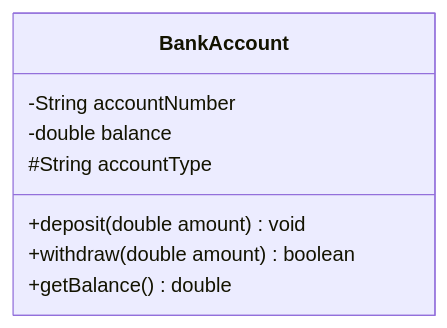
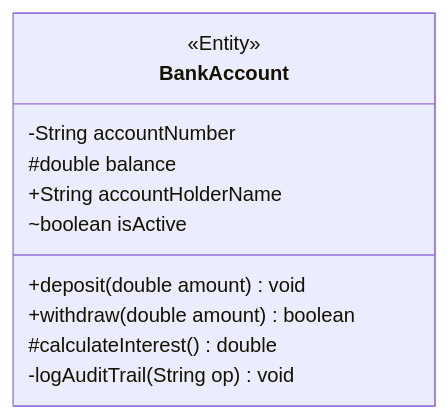
One commit to rohithgowda18/Notes changed the second of 4 diagrams in 04-OOPs-and-Design-Patterns/01-Core-OOPs-and-UML/04-UML-Diagrams-Class-and-Sequence-Diagrams.md. Above: the diagram before and after it, drawn with Mermaid. The commit also changed other lines of this file and 17 other files, not shown here.

Commit message:
docs(lld): enrich notes with deep architectural analysis, diagrams, anti-patterns & code

````diff
--- a/04-OOPs-and-Design-Patterns/01-Core-OOPs-and-UML/04-UML-Diagrams-Class-and-Sequence-Diagrams.md
+++ b/04-OOPs-and-Design-Patterns/01-Core-OOPs-and-UML/04-UML-Diagrams-Class-and-Sequence-Diagrams.md
@@ -35,11 +35,14 @@
 ```mermaid
 classDiagram
     class BankAccount {
+        <<Entity>>
         -String accountNumber
-        -double balance
-        #String accountType
+        #double balance
+        +String accountHolderName
+        ~boolean isActive
         +deposit(double amount) void
         +withdraw(double amount) boolean
-        +getBalance() double
+        #calculateInterest() double
+        -logAuditTrail(String op) void
     }
 ```
````
